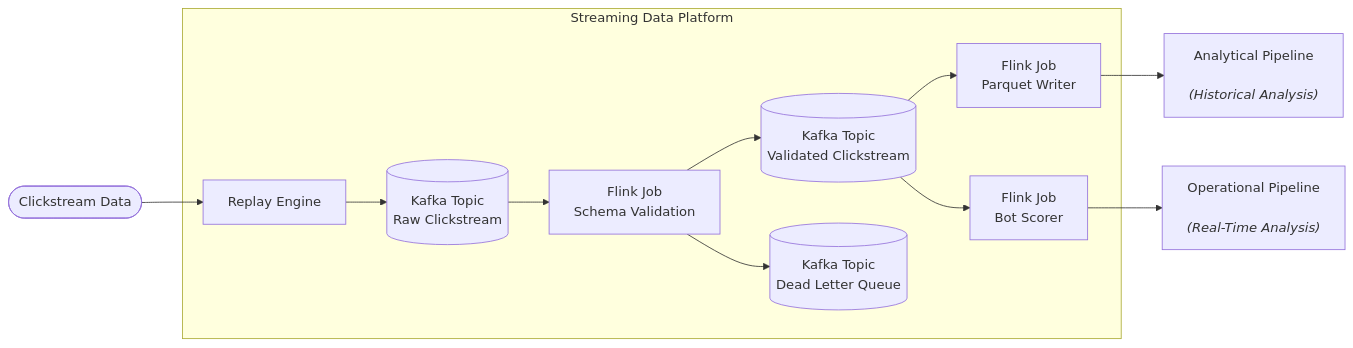
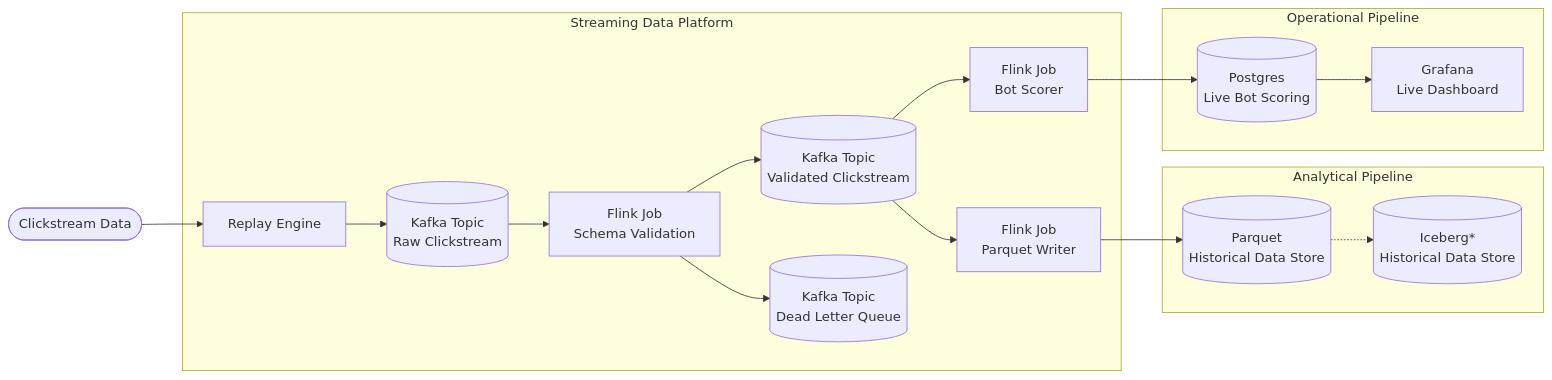
The third of 3 diagrams in project-3-streaming-bot-detection/README.md (Rez99/data-engineering-portfolio), drawn with Mermaid before and after one commit. The commit also changed other lines of this file, not shown here.

````diff
--- a/project-3-streaming-bot-detection/README.md
+++ b/project-3-streaming-bot-detection/README.md
@@ -88,41 +90,57 @@
 ```mermaid
 flowchart LR
 
     DATA([Clickstream Data])
 
     subgraph STREAMING["Streaming Data Platform"]
 
         REPLAY[Replay Engine]
 
         RAW[("Kafka Topic<br>Raw Clickstream")]
 
         VALIDATE["Flink Job<br>Schema Validation"]
 
         CLEAN[("Kafka Topic<br>Validated Clickstream")]
 
         DLQ[("Kafka Topic<br>Dead Letter Queue")]
 
         ANALYTICS_JOB["Flink Job<br>Parquet Writer"]
 
         OPERATIONAL_JOB["Flink Job<br>Bot Scorer"]
 
-
         REPLAY --> RAW
         RAW --> VALIDATE
         VALIDATE --> CLEAN
         VALIDATE --> DLQ
 
         CLEAN --> ANALYTICS_JOB
         CLEAN --> OPERATIONAL_JOB
 
     end
 
-    ANALYTICAL["Analytical Pipeline<br/><br/><i>(Historical Analysis)</i>"]
+    subgraph ANALYTICAL["Analytical Pipeline"]
 
-    OPERATIONAL["Operational Pipeline<br/><br/><i>(Real-Time Analysis)</i>"]
+        PARQUET[(Parquet<br>Historical Data Store)]
+
+        ICEBERG[(Iceberg*<br>Historical Data Store)]
+
+        PARQUET -.-> ICEBERG
+
+    end
+
+    subgraph OP_PIPELINE["Operational Pipeline"]
+
+        POSTGRES[(Postgres<br>Live Bot Scoring)]
+
+        GRAFANA["Grafana<br>Live Dashboard"]
+
+        POSTGRES --> GRAFANA
+
+    end
 
     DATA --> REPLAY
 
-    ANALYTICS_JOB --> ANALYTICAL
-    OPERATIONAL_JOB --> OPERATIONAL
+    ANALYTICS_JOB --> PARQUET
+
+    OPERATIONAL_JOB --> POSTGRES
 ```
````
